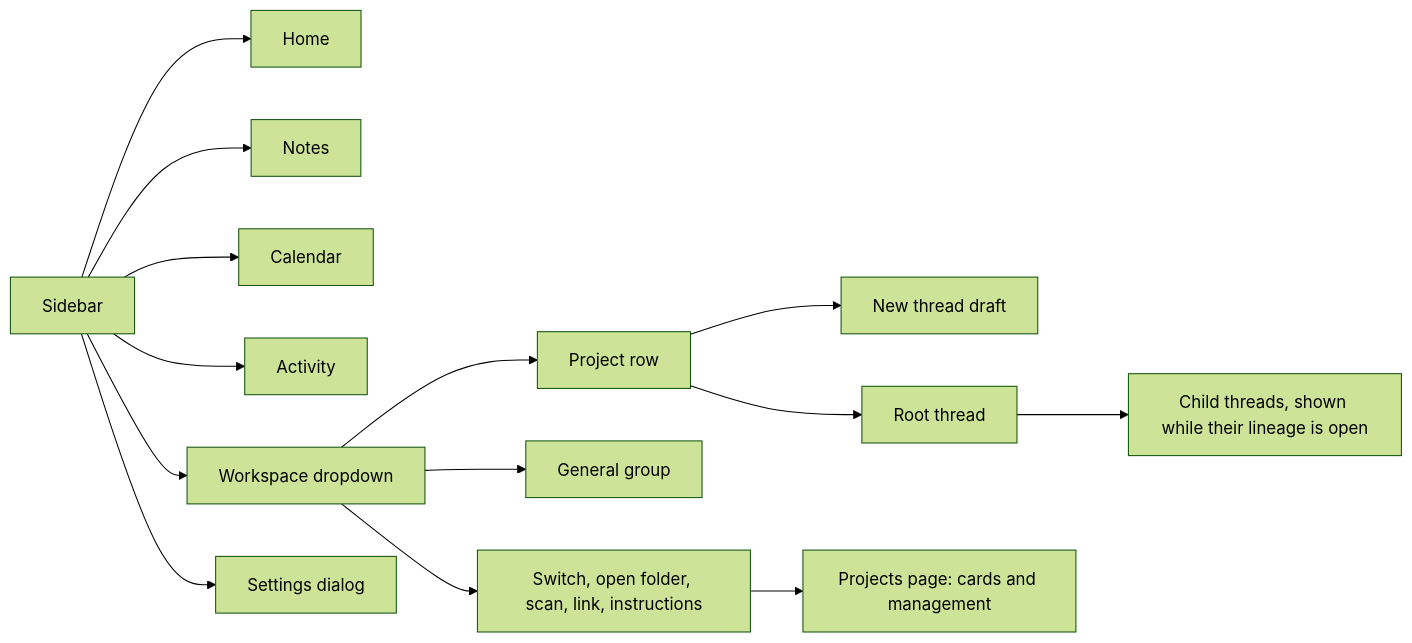
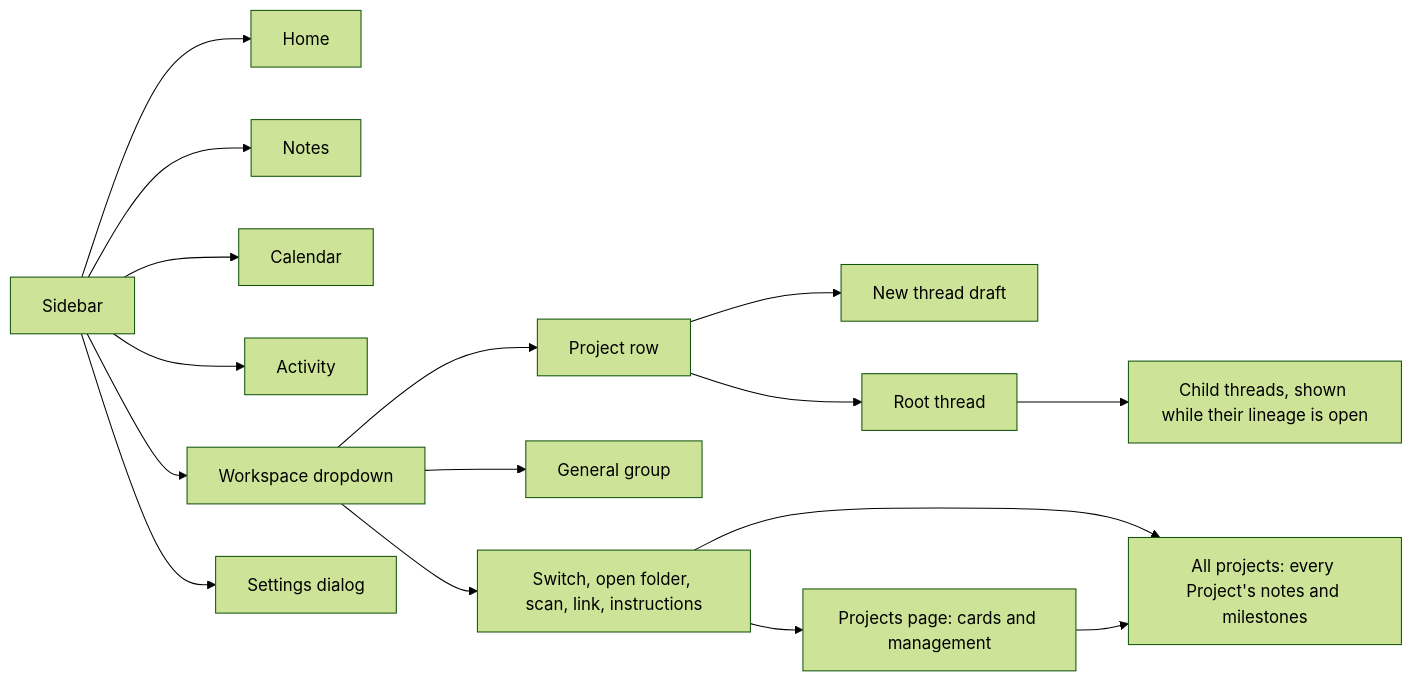
One commit to ToRRIIDeR97/Second-Brain-OS changed the diagram in docs/product/NAVIGATION-MAP-V1.md. Above: the diagram before and after it, drawn with Mermaid (forest theme). The commit also changed other lines of this file and 11 other files, not shown here.

First line of the commit message:
feat(app): add an All projects page with every Project's notes and milestones

````diff
--- a/docs/product/NAVIGATION-MAP-V1.md
+++ b/docs/product/NAVIGATION-MAP-V1.md
@@ -18,17 +18,19 @@
 ```mermaid
 flowchart LR
     Sidebar[Sidebar] --> Home[Home]
     Sidebar --> Notes[Notes]
     Sidebar --> Calendar[Calendar]
     Sidebar --> Activity[Activity]
     Sidebar --> Workspace[Workspace dropdown]
     Sidebar --> Settings[Settings dialog]
 
     Workspace --> Project[Project row]
     Project --> NewThread[New thread draft]
     Project --> Thread[Root thread]
     Thread --> Child[Child threads, shown while their lineage is open]
     Workspace --> General[General group]
     Workspace --> Menu[Switch, open folder, scan, link, instructions]
     Menu --> Cards[Projects page: cards and management]
+    Menu --> Overview[All projects: every Project's notes and milestones]
+    Cards --> Overview
 ```
````
